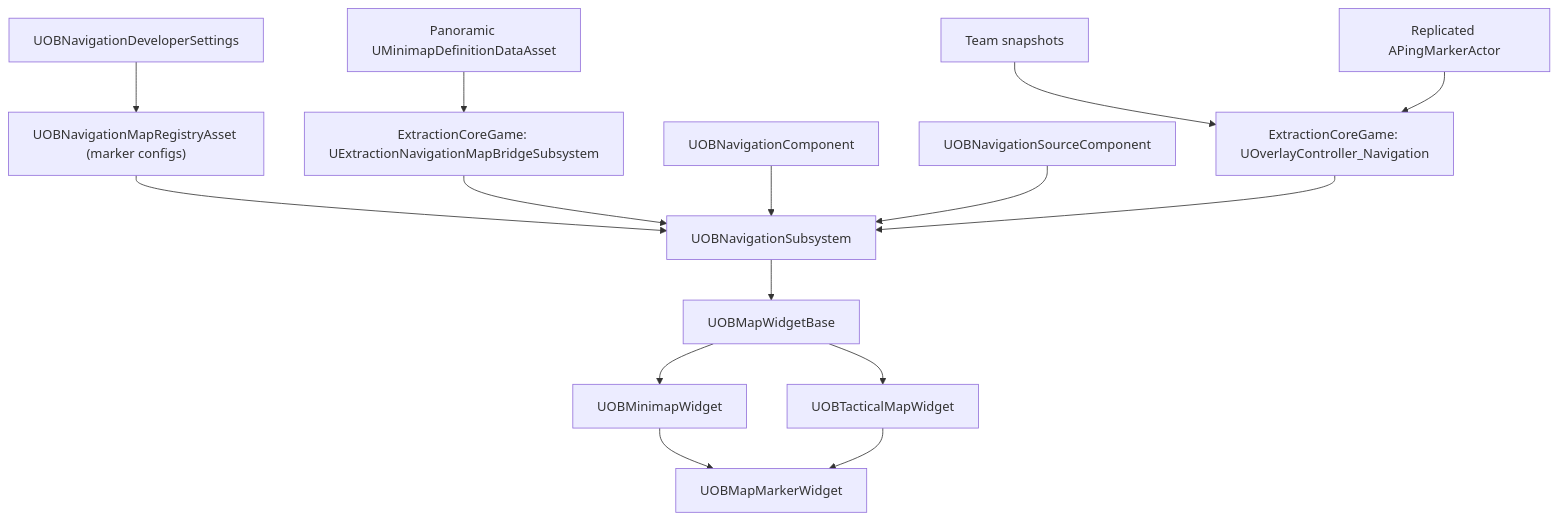
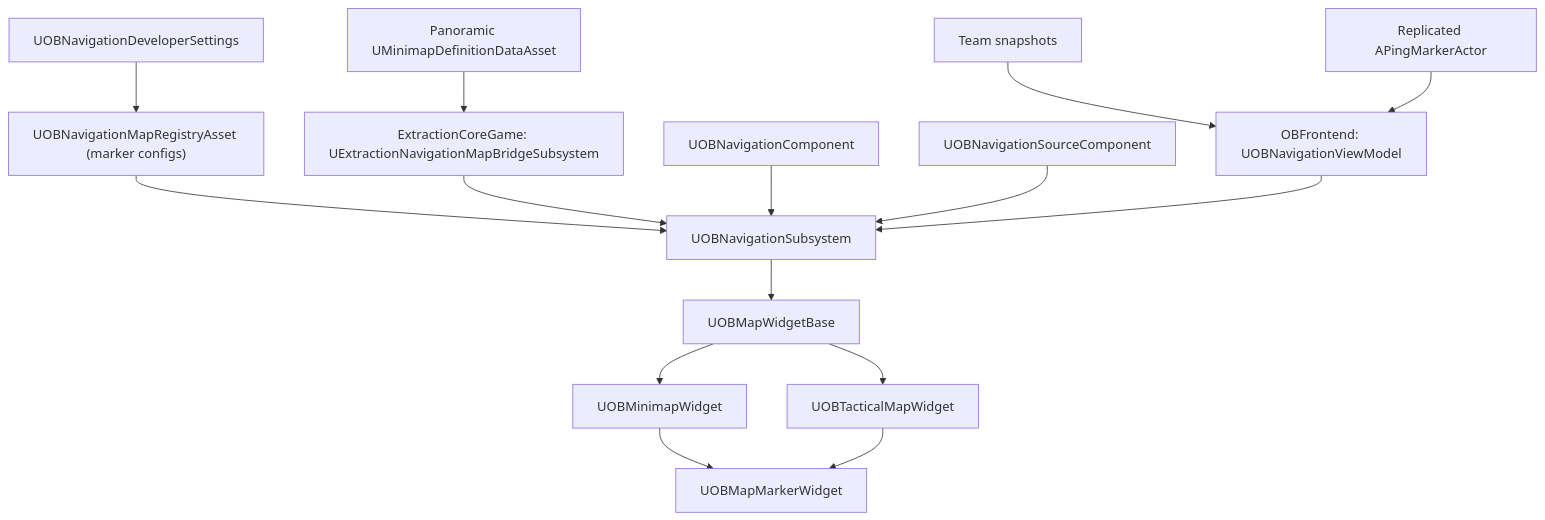
Before and after one commit to oaiba/OBNavigation: the diagram in README.md, drawn with Mermaid. The commit also changed other lines of this file and 3 other files, not shown here.

````diff
--- a/README.md
+++ b/README.md
@@ -33,32 +33,32 @@
 ```mermaid
 flowchart TD
     Registry["UOBNavigationMapRegistryAsset (marker configs)"]
     Panoramic["Panoramic UMinimapDefinitionDataAsset"]
     MapBridge["ExtractionCoreGame: UExtractionNavigationMapBridgeSubsystem"]
     Settings["UOBNavigationDeveloperSettings"]
     Subsystem["UOBNavigationSubsystem"]
     Source["UOBNavigationSourceComponent"]
     NavComp["UOBNavigationComponent"]
-    Bridge["ExtractionCoreGame: UOverlayController_Navigation"]
+    Bridge["OBFrontend: UOBNavigationViewModel"]
     Team["Team snapshots"]
     Pings["Replicated APingMarkerActor"]
     BaseWidget["UOBMapWidgetBase"]
     Minimap["UOBMinimapWidget"]
     Tactical["UOBTacticalMapWidget"]
     MarkerWidget["UOBMapMarkerWidget"]
 
     Settings --> Registry
     Registry --> Subsystem
     Panoramic --> MapBridge
     MapBridge --> Subsystem
     NavComp --> Subsystem
     Source --> Subsystem
     Team --> Bridge
     Pings --> Bridge
     Bridge --> Subsystem
     Subsystem --> BaseWidget
     BaseWidget --> Minimap
     BaseWidget --> Tactical
     Minimap --> MarkerWidget
     Tactical --> MarkerWidget
 ```
````
